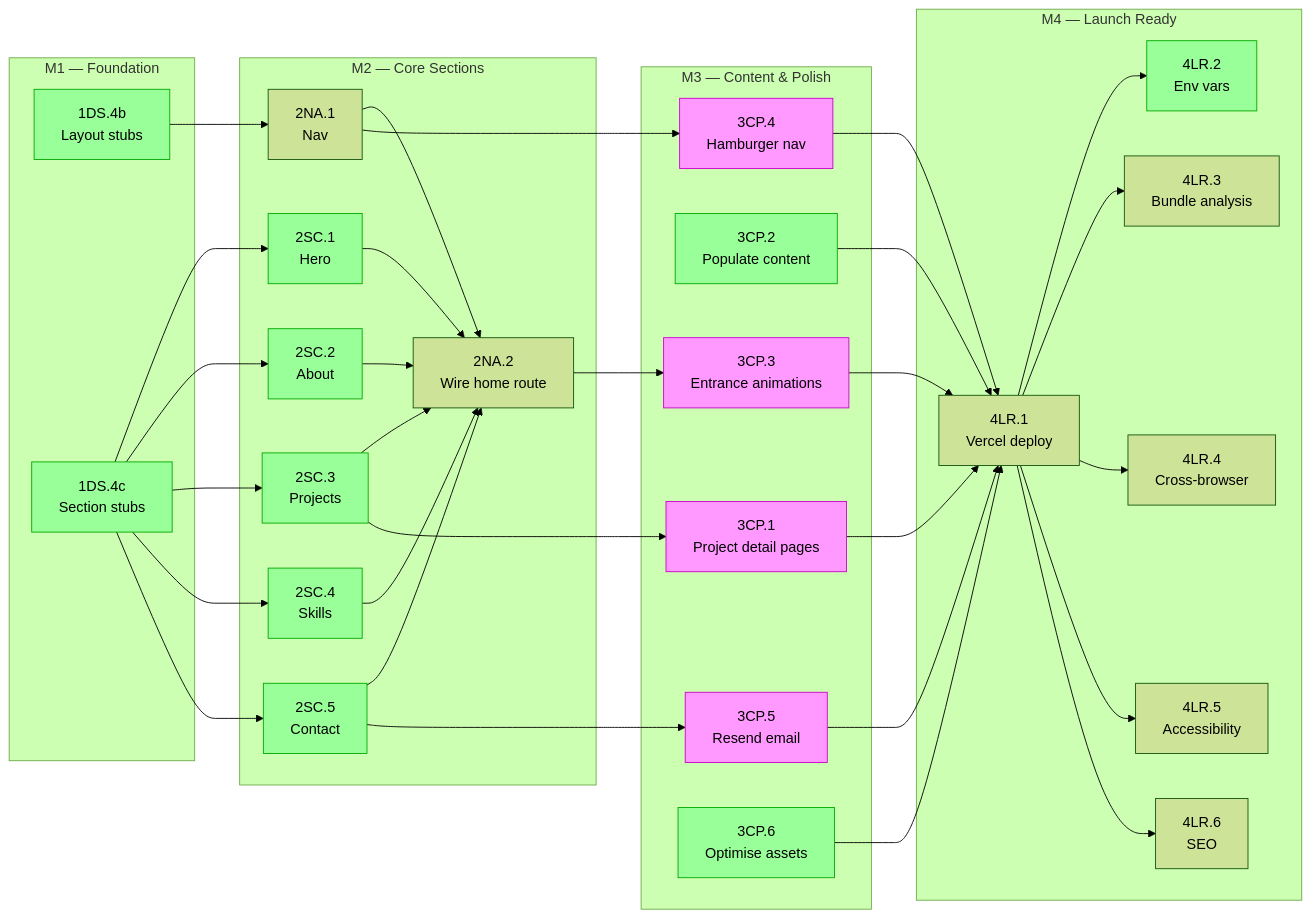
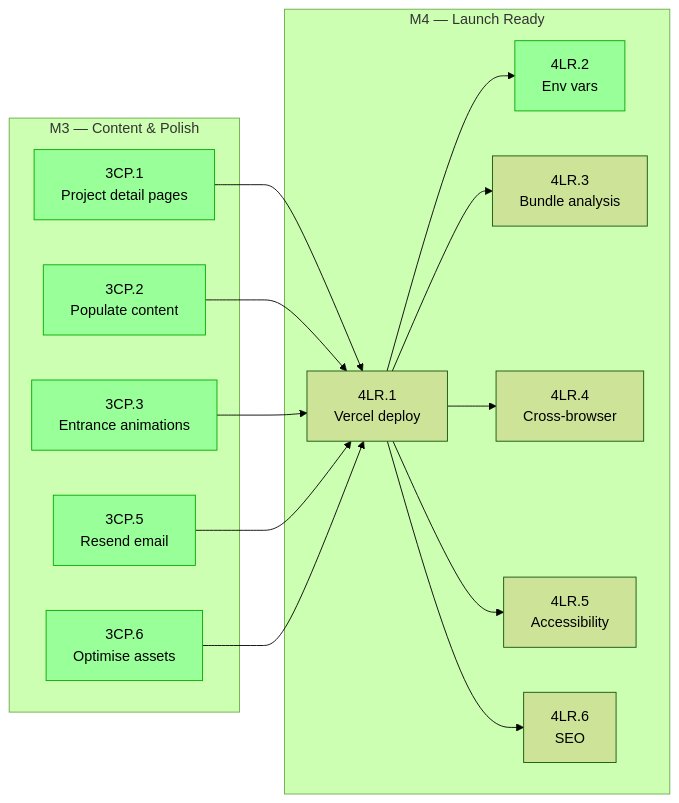
Before and after one commit to Oggie112/Portfolio: the diagram in docs/roadmaps/mvp.md, drawn with Mermaid (forest theme). The commit also changed other lines of this file and 9 other files, not shown here.

First line of the commit message:
feat(portfolio): implement core sections, nav, and project content

````diff
--- a/docs/roadmaps/mvp.md
+++ b/docs/roadmaps/mvp.md
@@ -108,49 +107,26 @@
 ```mermaid
 graph LR
-  subgraph M1["M1 — Foundation"]
-    1DS.4b["1DS.4b\nLayout stubs"]:::open
-    1DS.4c["1DS.4c\nSection stubs"]:::open
-  end
-
-  subgraph M2["M2 — Core Sections"]
-    2SC.1["2SC.1\nHero"]:::open
-    2SC.2["2SC.2\nAbout"]:::open
-    2SC.3["2SC.3\nProjects"]:::open
-    2SC.4["2SC.4\nSkills"]:::open
-    2SC.5["2SC.5\nContact"]:::open
-    2NA.1["2NA.1\nNav"]
-    2NA.2["2NA.2\nWire home route"]
-  end
-
   subgraph M3["M3 — Content & Polish"]
-    3CP.1["3CP.1\nProject detail pages"]:::blocked
+    3CP.1["3CP.1\nProject detail pages"]:::open
     3CP.2["3CP.2\nPopulate content"]:::open
-    3CP.3["3CP.3\nEntrance animations"]:::blocked
-    3CP.4["3CP.4\nHamburger nav"]:::blocked
-    3CP.5["3CP.5\nResend email"]:::blocked
+    3CP.3["3CP.3\nEntrance animations"]:::open
+    3CP.5["3CP.5\nResend email"]:::open
     3CP.6["3CP.6\nOptimise assets"]:::open
   end
 
   subgraph M4["M4 — Launch Ready"]
     4LR.1["4LR.1\nVercel deploy"]
     4LR.2["4LR.2\nEnv vars"]:::open
     4LR.3["4LR.3\nBundle analysis"]
     4LR.4["4LR.4\nCross-browser"]
     4LR.5["4LR.5\nAccessibility"]
     4LR.6["4LR.6\nSEO"]
   end
 
-  1DS.4b --> 2NA.1
-  1DS.4c --> 2SC.1 & 2SC.2 & 2SC.3 & 2SC.4 & 2SC.5
-  2SC.1 & 2SC.2 & 2SC.3 & 2SC.4 & 2SC.5 & 2NA.1 --> 2NA.2
-  2SC.3 --> 3CP.1
-  2SC.5 --> 3CP.5
-  2NA.1 --> 3CP.4
-  2NA.2 --> 3CP.3
-  3CP.1 & 3CP.2 & 3CP.3 & 3CP.4 & 3CP.5 & 3CP.6 --> 4LR.1
+  3CP.1 & 3CP.2 & 3CP.3 & 3CP.5 & 3CP.6 --> 4LR.1
   4LR.1 --> 4LR.2 & 4LR.3 & 4LR.4 & 4LR.5 & 4LR.6
 
   classDef blocked fill:#f9f,stroke:#c0c,color:#000
   classDef open fill:#9f9,stroke:#0a0,color:#000
   classDef done fill:#ccc,stroke:#999,color:#555
 ```
````
